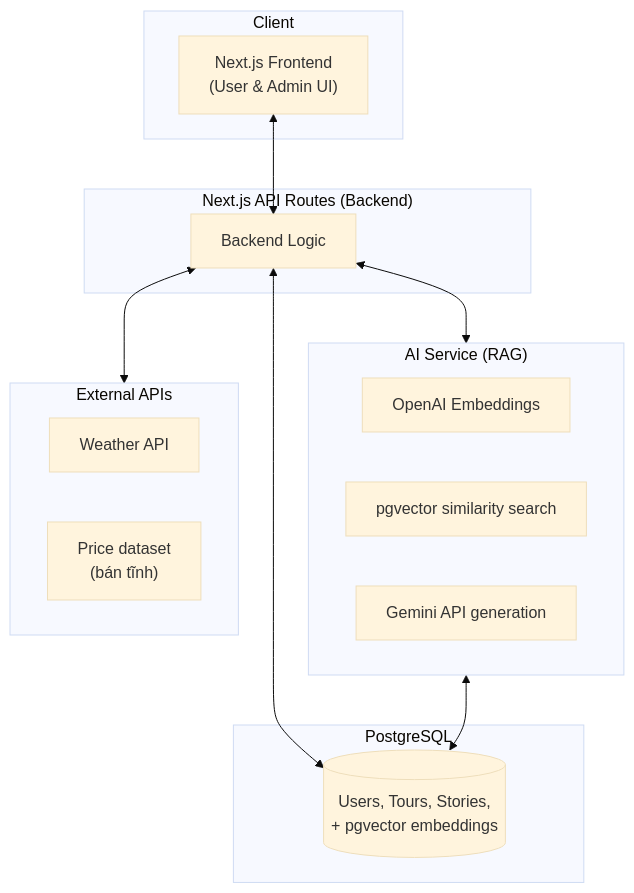
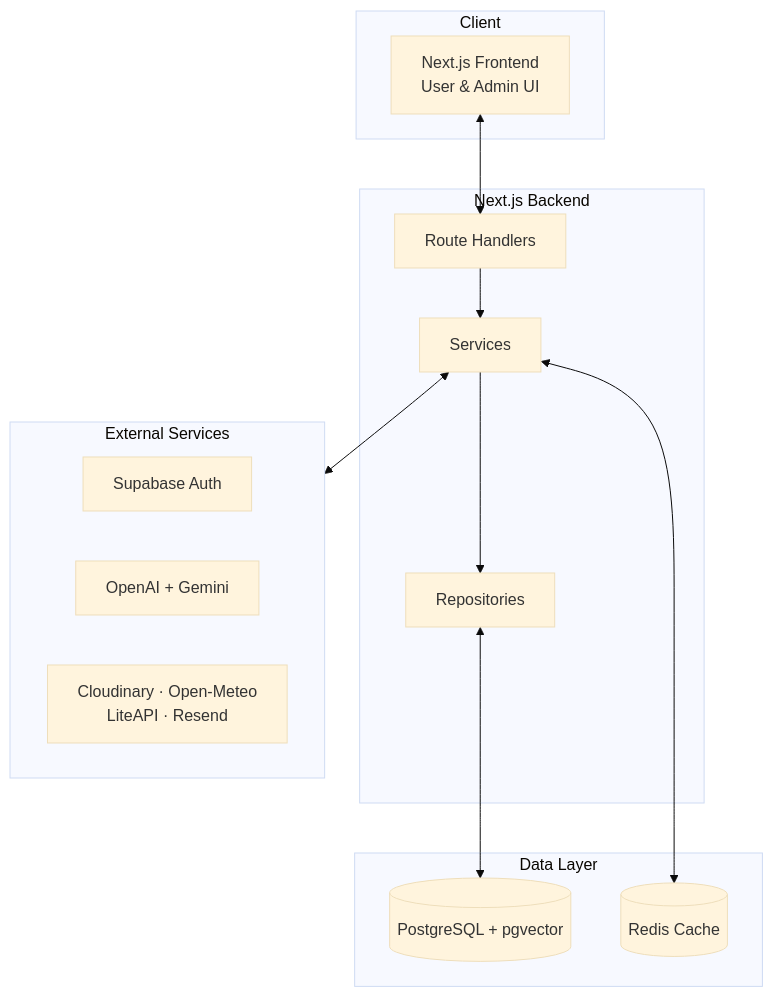
The diagram in README.md (nguyentuanduyntd/SmartTripVietNam), drawn with Mermaid (base theme) before and after one commit. The commit also changed other lines of this file, not shown here.

````diff
--- a/README.md
+++ b/README.md
@@ -81,31 +120,30 @@
 ```mermaid
 flowchart TB
     subgraph Client
-        FE["Next.js Frontend<br/>(User & Admin UI)"]
+        FE["Next.js Frontend<br/>User & Admin UI"]
     end
 
-    subgraph Server["Next.js API Routes (Backend)"]
-        API["Backend Logic"]
+    subgraph Server["Next.js Backend"]
+        API["Route Handlers"]
+        SERVICE["Services"]
+        REPOSITORY["Repositories"]
     end
 
-    subgraph Data["PostgreSQL"]
-        DB[("Users, Tours, Stories,<br/>+ pgvector embeddings")]
+    subgraph Data["Data Layer"]
+        DB[("PostgreSQL + pgvector")]
+        REDIS[("Redis Cache")]
     end
 
-    subgraph AI["AI Service (RAG)"]
-        EMB["OpenAI Embeddings"]
-        VEC["pgvector similarity search"]
-        GEN["Gemini API generation"]
-    end
-
-    subgraph Ext["External APIs"]
-        WEATHER["Weather API"]
-        PRICE["Price dataset<br/>(bán tĩnh)"]
+    subgraph External["External Services"]
+        AUTH["Supabase Auth"]
+        AI["OpenAI + Gemini"]
+        OTHER["Cloudinary · Open-Meteo<br/>LiteAPI · Resend"]
     end
 
     FE <--> API
-    API <--> DB
-    API <--> AI
-    AI <--> DB
-    API <--> Ext
+    API --> SERVICE
+    SERVICE --> REPOSITORY
+    REPOSITORY <--> DB
+    SERVICE <--> REDIS
+    SERVICE <--> External
 ```
````
